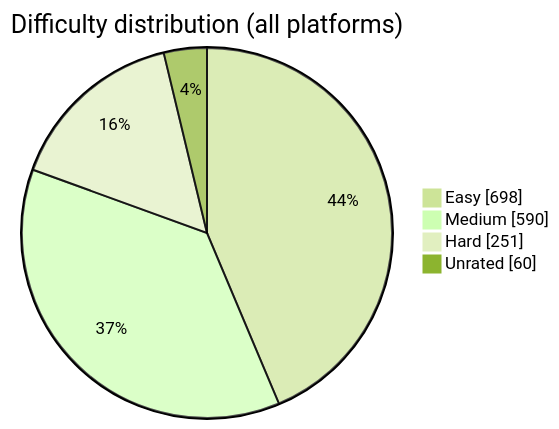
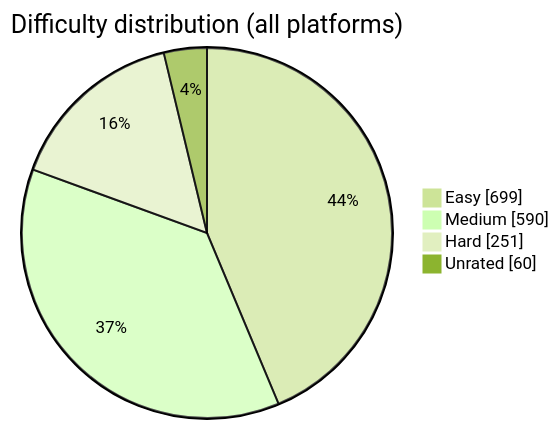
Before and after one commit to BuildbyArindam/Daily-Coding-Log: the diagram in README.md, drawn with Mermaid (forest theme). The commit also changed other lines of this file, not shown here.

````diff
--- a/README.md
+++ b/README.md
@@ -93,7 +93,7 @@
 ```mermaid
 pie showData title Difficulty distribution (all platforms)
-    "Easy" : 698
+    "Easy" : 699
     "Medium" : 590
     "Hard" : 251
     "Unrated" : 60
 ```
````
